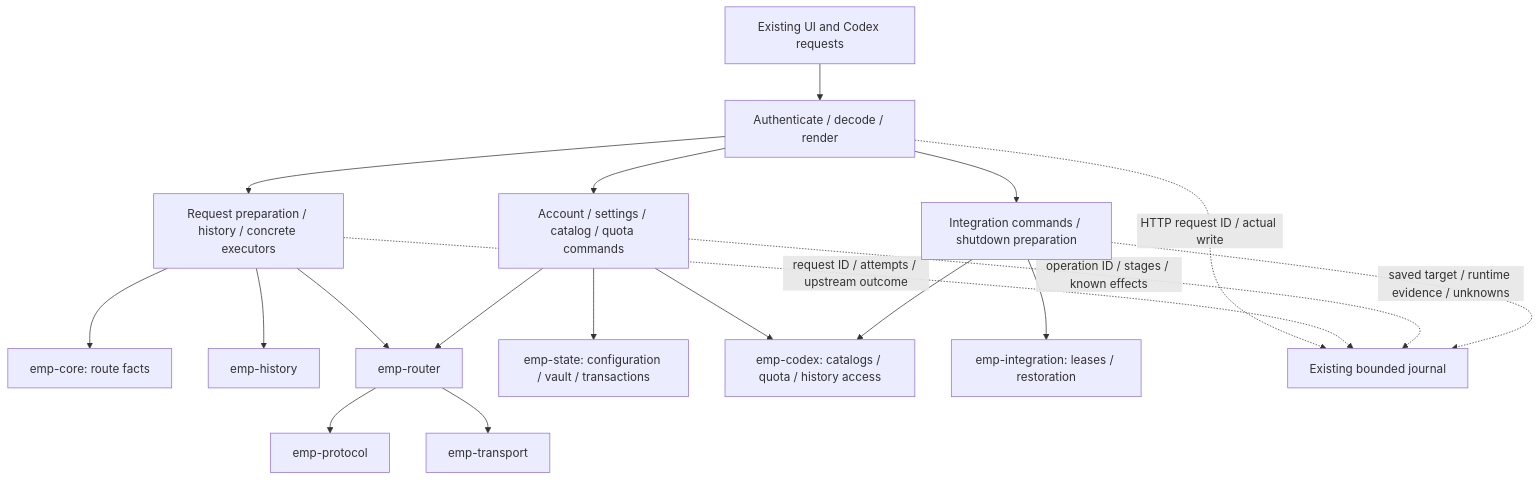
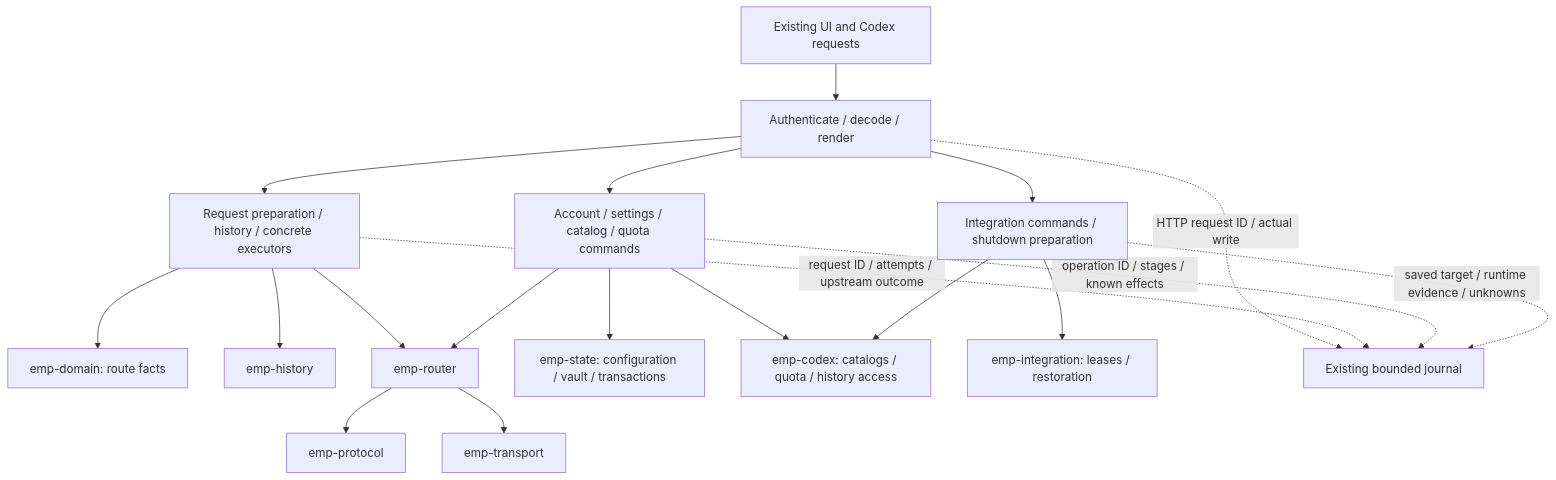
The second of 2 diagrams in docs/backend-workflows.md (Killow1998/EasyMultiProvider), drawn with Mermaid before and after one commit. The commit also changed other lines of this file and 93 other files, not shown here.

First line of the commit message:
Rename emp-core to emp-domain and sink shared value contracts (C5)

````diff
--- a/docs/backend-workflows.md
+++ b/docs/backend-workflows.md
@@ -146,21 +150,21 @@
 ```mermaid
 flowchart TD
   U[Existing UI and Codex requests] --> API[Authenticate / decode / render]
   API --> R[Request preparation / history / concrete executors]
   API --> M[Account / settings / catalog / quota commands]
   API --> L[Integration commands / shutdown preparation]
-  R --> K[emp-core: route facts]
+  R --> K[emp-domain: route facts]
   R --> H[emp-history]
   R --> D[emp-router]
   D --> P[emp-protocol]
   D --> T[emp-transport]
   M --> S[emp-state: configuration / vault / transactions]
   M --> C[emp-codex: catalogs / quota / history access]
   M --> D
   L --> I[emp-integration: leases / restoration]
   L --> C
   API -. HTTP request ID / actual write .-> J[Existing bounded journal]
   R -. request ID / attempts / upstream outcome .-> J
   M -. operation ID / stages / known effects .-> J
   L -. saved target / runtime evidence / unknowns .-> J
 ```
````
